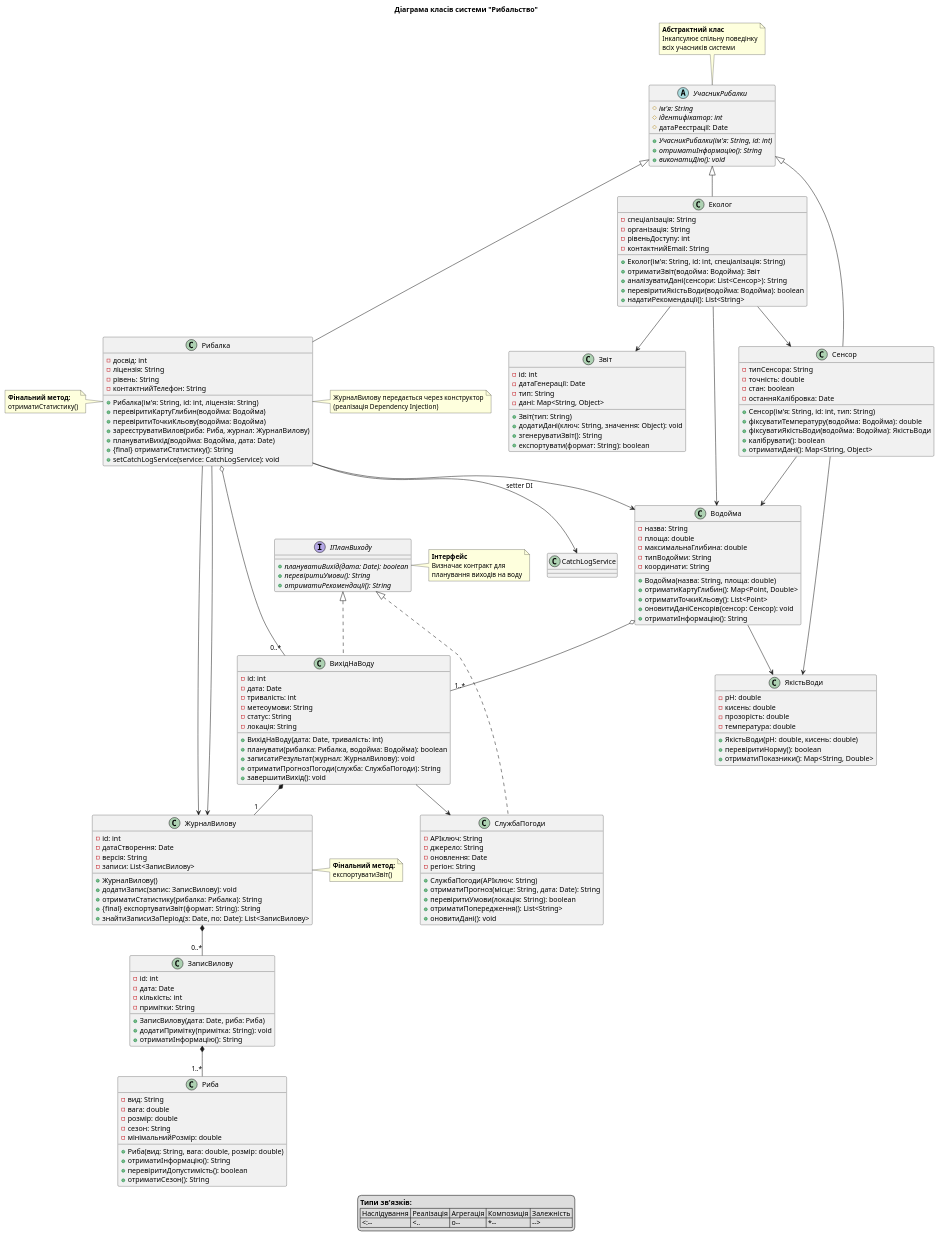
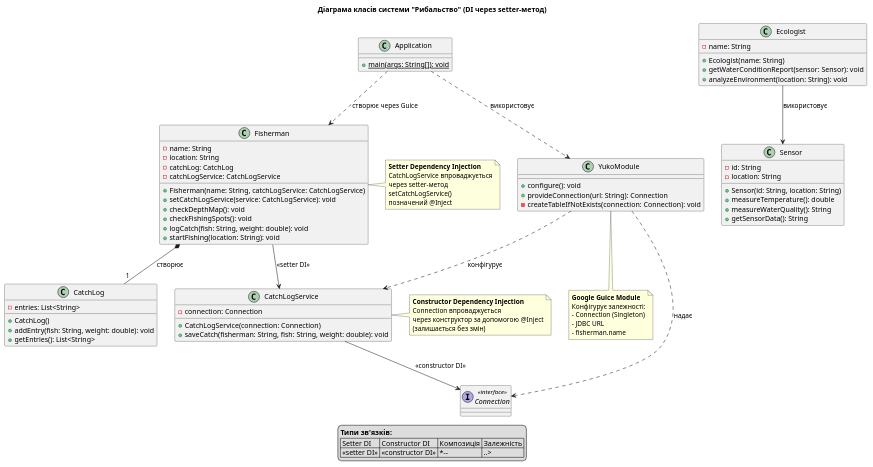
One commit to Yulianna8005/PR_2_OOP changed the diagram in docs/class.wsd. Above: the diagram before and after it, drawn with PlantUML. The commit also changed 5 other files, not shown here.

```diff
--- a/docs/class.wsd
+++ b/docs/class.wsd
@@ -1,223 +1,105 @@
-@startuml Fishing System Class Diagram
-title Діаграма класів системи "Рибальство"
+@startuml Fishing System with Setter DI
+title Діаграма класів системи "Рибальство" (DI через setter-метод)
 
-' Абстрактний клас
-abstract class УчасникРибалки {
-  # {abstract} ім'я: String
-  # {abstract} ідентифікатор: int
-  # датаРеєстрації: Date
-  + {abstract} УчасникРибалки(ім'я: String, id: int)
-  + {abstract} отриматиІнформацію(): String
-  + {abstract} виконатиДію(): void
+' Головні класи
+class Application {
+  + {static} main(args: String[]): void
 }
 
-' Інтерфейс
-interface IПланВиходу {
-  + {abstract} плануватиВихід(дата: Date): boolean
-  + {abstract} перевіритиУмови(): String
-  + {abstract} отриматиРекомендації(): String
+class Fisherman {
+  - name: String
+  - location: String
+  - catchLog: CatchLog
+  - catchLogService: CatchLogService
+  + Fisherman(name: String, catchLogService: CatchLogService)
+  + setCatchLogService(service: CatchLogService): void
+  + checkDepthMap(): void
+  + checkFishingSpots(): void
+  + logCatch(fish: String, weight: double): void
+  + startFishing(location: String): void
 }
 
-' Основні класи
-class Рибалка {
-  - досвід: int
-  - ліцензія: String
-  - рівень: String
-  - контактнийТелефон: String
-  + Рибалка(ім'я: String, id: int, ліцензія: String)
-  + перевіритиКартуГлибин(водойма: Водойма)
-  + перевіритиТочкиКльову(водойма: Водойма)
-  + зареєструватиВилов(риба: Риба, журнал: ЖурналВилову)
-  + плануватиВихід(водойма: Водойма, дата: Date)
-  + {final} отриматиСтатистику(): String
-  + setCatchLogService(service: CatchLogService): void   
+class Sensor {
+  - id: String
+  - location: String
+  + Sensor(id: String, location: String)
+  + measureTemperature(): double
+  + measureWaterQuality(): String
+  + getSensorData(): String
 }
 
-Рибалка --> ЖурналВилову
-Рибалка --> CatchLogService : setter DI   
+class Ecologist {
+  - name: String
+  + Ecologist(name: String)
+  + getWaterConditionReport(sensor: Sensor): void
+  + analyzeEnvironment(location: String): void
+}
 
+class CatchLog {
+  - entries: List<String>
+  + CatchLog()
+  + addEntry(fish: String, weight: double): void
+  + getEntries(): List<String>
+}
 
+class CatchLogService {
+  - connection: Connection
+  + CatchLogService(connection: Connection)
+  + saveCatch(fisherman: String, fish: String, weight: double): void
+}
 
-note right of Рибалка
-  ЖурналВилову передається через конструктор
-  (реалізація Dependency Injection)
+class YukoModule {
+  + configure(): void
+  + provideConnection(url: String): Connection
+  - createTableIfNotExists(connection: Connection): void
+}
+
+interface Connection <<interface>> {
+}
+
+' Зв'язки DI
+Fisherman --> CatchLogService : <<setter DI>>
+CatchLogService --> Connection : <<constructor DI>>
+
+' Композиція
+Fisherman *-- "1" CatchLog : створює
+
+' Залежності
+Application ..> YukoModule : використовує
+Application ..> Fisherman : створює через Guice
+YukoModule ..> Connection : надає
+YukoModule ..> CatchLogService : конфігурує
+
+' Звичайні залежності
+Ecologist --> Sensor : використовує
+
+note right of Fisherman
+  <b>Setter Dependency Injection</b>
+  CatchLogService впроваджується
+  через setter-метод
+  setCatchLogService()
+  позначений @Inject
 end note
 
-
-class Сенсор {
-  - типСенсора: String
-  - точність: double
-  - стан: boolean
-  - останняКалібровка: Date
-  + Сенсор(ім'я: String, id: int, тип: String)
-  + фіксуватиТемпературу(водойма: Водойма): double
-  + фіксуватиЯкістьВоди(водойма: Водойма): ЯкістьВоди
-  + калібрувати(): boolean
-  + отриматиДані(): Map<String, Object>
-}
-
-class Еколог {
-  - спеціалізація: String
-  - організація: String
-  - рівеньДоступу: int
-  - контактнийEmail: String
-  + Еколог(ім'я: String, id: int, спеціалізація: String)
-  + отриматиЗвіт(водойма: Водойма): Звіт
-  + аналізуватиДані(сенсори: List<Сенсор>): String
-  + перевіритиЯкістьВоди(водойма: Водойма): boolean
-  + надатиРекомендації(): List<String>
-}
-
-' Додаткові класи
-class Водойма {
-  - назва: String
-  - площа: double
-  - максимальнаГлибина: double
-  - типВодойми: String
-  - координати: String
-  + Водойма(назва: String, площа: double)
-  + отриматиКартуГлибин(): Map<Point, Double>
-  + отриматиТочкиКльову(): List<Point>
-  + оновитиДаніСенсорів(сенсор: Сенсор): void
-  + отриматиІнформацію(): String
-}
-
-class ВихідНаВоду {
-  - id: int
-  - дата: Date
-  - тривалість: int
-  - метеоумови: String
-  - статус: String
-  - локація: String
-  + ВихідНаВоду(дата: Date, тривалість: int)
-  + планувати(рибалка: Рибалка, водойма: Водойма): boolean
-  + записатиРезультат(журнал: ЖурналВилову): void
-  + отриматиПрогнозПогоди(служба: СлужбаПогоди): String
-  + завершитиВихід(): void
-}
-
-class ЖурналВилову {
-  - id: int
-  - датаСтворення: Date
-  - версія: String
-  - записи: List<ЗаписВилову>
-  + ЖурналВилову()
-  + додатиЗапис(запис: ЗаписВилову): void
-  + отриматиСтатистику(рибалка: Рибалка): String
-  + {final} експортуватиЗвіт(формат: String): String
-  + знайтиЗаписиЗаПеріод(з: Date, по: Date): List<ЗаписВилову>
-}
-
-class СлужбаПогоди {
-  - APIключ: String
-  - джерело: String
-  - оновлення: Date
-  - регіон: String
-  + СлужбаПогоди(APIключ: String)
-  + отриматиПрогноз(місце: String, дата: Date): String
-  + перевіритиУмови(локація: String): boolean
-  + отриматиПопередження(): List<String>
-  + оновитиДані(): void
-}
-
-class Риба {
-  - вид: String
-  - вага: double
-  - розмір: double
-  - сезон: String
-  - мінімальнийРозмір: double
-  + Риба(вид: String, вага: double, розмір: double)
-  + отриматиІнформацію(): String
-  + перевіритиДопустимість(): boolean
-  + отриматиСезон(): String
-}
-
-class ЗаписВилову {
-  - id: int
-  - дата: Date
-  - кількість: int
-  - примітки: String
-  + ЗаписВилову(дата: Date, риба: Риба)
-  + додатиПримітку(примітка: String): void
-  + отриматиІнформацію(): String
-}
-
-class ЯкістьВоди {
-  - pH: double
-  - кисень: double
-  - прозорість: double
-  - температура: double
-  + ЯкістьВоди(pH: double, кисень: double)
-  + перевіритиНорму(): boolean
-  + отриматиПоказники(): Map<String, Double>
-}
-
-class Звіт {
-  - id: int
-  - датаГенерації: Date
-  - тип: String
-  - дані: Map<String, Object>
-  + Звіт(тип: String)
-  + додатиДані(ключ: String, значення: Object): void
-  + згенеруватиЗвіт(): String
-  + експортувати(формат: String): boolean
-}
-
-' Зв'язки наслідування
-УчасникРибалки <|-- Рибалка
-УчасникРибалки <|-- Сенсор
-УчасникРибалки <|-- Еколог
-
-' Зв'язки реалізації інтерфейсу
-IПланВиходу <|.. ВихідНаВоду
-IПланВиходу <|.. СлужбаПогоди
-
-' Зв'язки агрегації
-Водойма o-- "1..*" ВихідНаВоду
-Рибалка o-- "0..*" ВихідНаВоду
-
-' Зв'язки композиції
-ЖурналВилову *-- "0..*" ЗаписВилову
-ЗаписВилову *-- "1..*" Риба
-ВихідНаВоду *-- "1" ЖурналВилову
-
-' Зв'язки залежності
-Рибалка --> Водойма
-Рибалка --> ЖурналВилову
-ВихідНаВоду --> СлужбаПогоди
-Еколог --> Сенсор
-Еколог --> Водойма
-Еколог --> Звіт
-Сенсор --> Водойма
-Сенсор --> ЯкістьВоди
-Водойма --> ЯкістьВоди
-
-note top of УчасникРибалки
-  <b>Абстрактний клас</b>
-  Інкапсулює спільну поведінку
-  всіх учасників системи
+note right of CatchLogService
+  <b>Constructor Dependency Injection</b>
+  Connection впроваджується
+  через конструктор за допомогою @Inject
+  (залишається без змін)
 end note
 
-note right of IПланВиходу
-  <b>Інтерфейс</b>
-  Визначає контракт для
-  планування виходів на воду
-end note
-
-note left of Рибалка
-  <b>Фінальний метод:</b>
-  отриматиСтатистику()
-end note
-
-note right of ЖурналВилову
-  <b>Фінальний метод:</b>
-  експортуватиЗвіт()
+note bottom of YukoModule
+  <b>Google Guice Module</b>
+  Конфігурує залежності:
+  - Connection (Singleton)
+  - JDBC URL
+  - fisherman.name
 end note
 
 legend bottom
   <b>Типи зв'язків:</b>
-  | Наслідування | Реалізація | Агрегація | Композиція | Залежність |
-  | <:-- | <.. | o-- | *-- | --> |
+  | Setter DI | Constructor DI | Композиція | Залежність |
+  | <<setter DI>> | <<constructor DI>> | *-- | ..> |
 end legend
 
 @enduml
```
